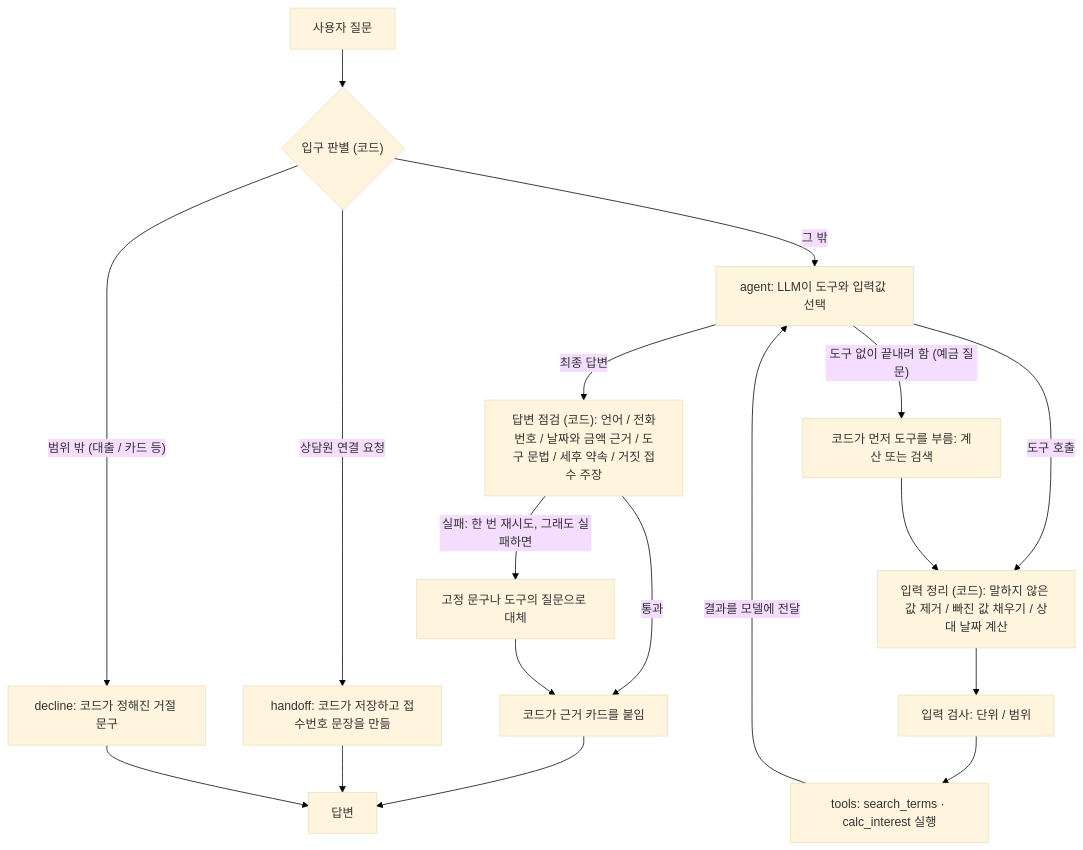
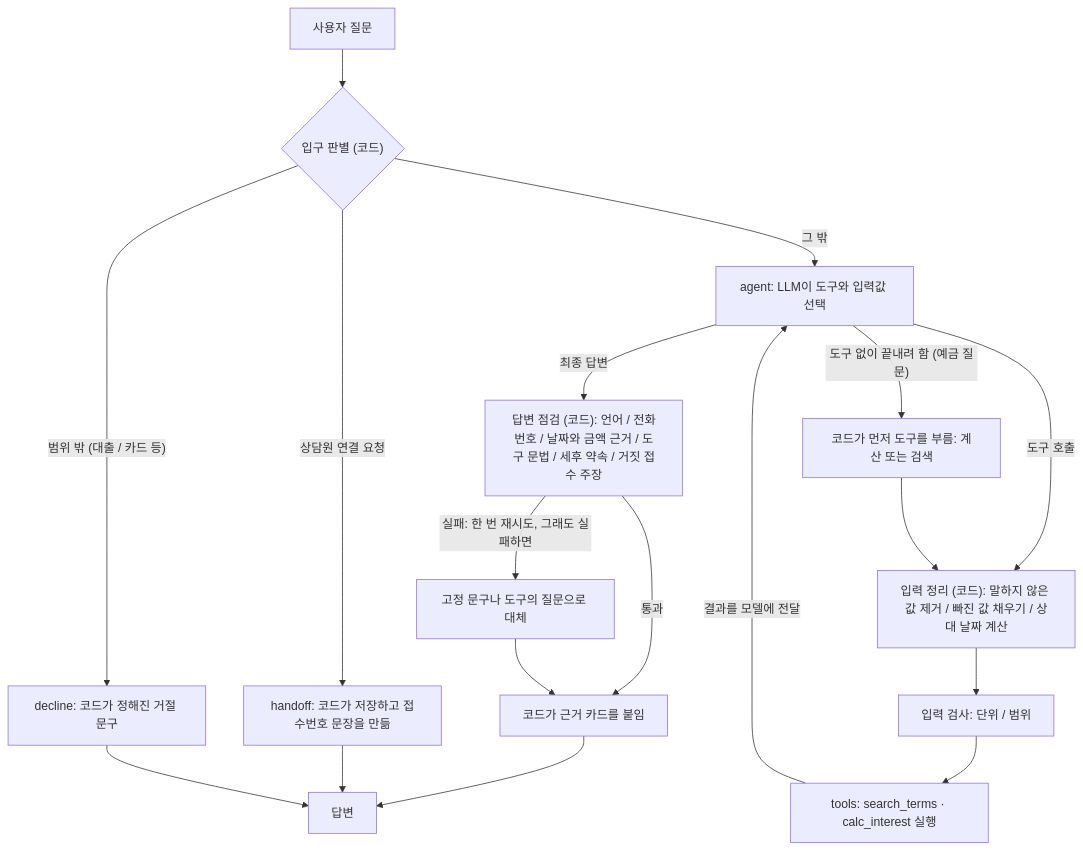
The diagram in README.md (ohjuhun1119/banking-agent), drawn with Mermaid before and after one commit.

Commit message:
README 수정

````diff
--- a/README.md
+++ b/README.md
@@ -40,26 +40,31 @@
 ```mermaid
 %%{init: {
   'theme': 'base',
   'themeVariables': {
     'background': '#ffffff'
   }
+}}%%
+%%{init: {
+  'theme': 'default',
+  'secure': false,
+  'themeCSS': 'svg { background-color: #ffffff !important; }'
 }}%%
 flowchart TD
     Q["사용자 질문"] --> E{"입구 판별 (코드)"}
     E -->|"상담원 연결 요청"| H["handoff: 코드가 저장하고 접수번호 문장을 만듦"]
     E -->|"범위 밖 (대출 / 카드 등)"| X["decline: 코드가 정해진 거절 문구"]
     E -->|"그 밖"| A["agent: LLM이 도구와 입력값 선택"]
     A -->|"도구 없이 끝내려 함 (예금 질문)"| F["코드가 먼저 도구를 부름: 계산 또는 검색"]
     A -->|"도구 호출"| G["입력 정리 (코드): 말하지 않은 값 제거 / 빠진 값 채우기 / 상대 날짜 계산"]
     F --> G
     G --> V["입력 검사: 단위 / 범위"]
     V --> T["tools: search_terms · calc_interest 실행"]
     T -->|"결과를 모델에 전달"| A
     A -->|"최종 답변"| C["답변 점검 (코드): 언어 / 전화번호 / 날짜와 금액 근거 / 도구 문법 / 세후 약속 / 거짓 접수 주장"]
     C -->|"통과"| EV["코드가 근거 카드를 붙임"]
     C -->|"실패: 한 번 재시도, 그래도 실패하면"| FB["고정 문구나 도구의 질문으로 대체"]
     FB --> EV
     EV --> OUT["답변"]
     H --> OUT
     X --> OUT
 ```
````
